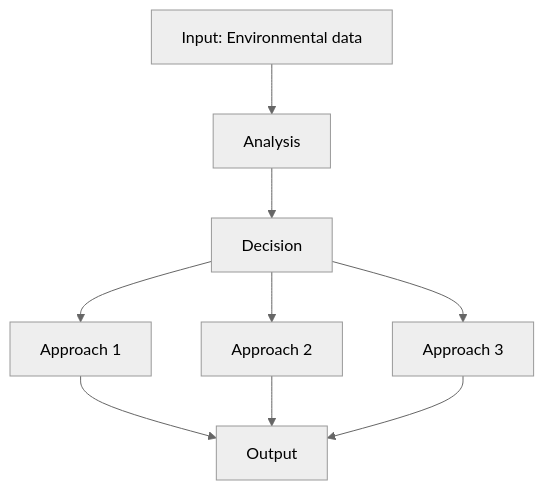
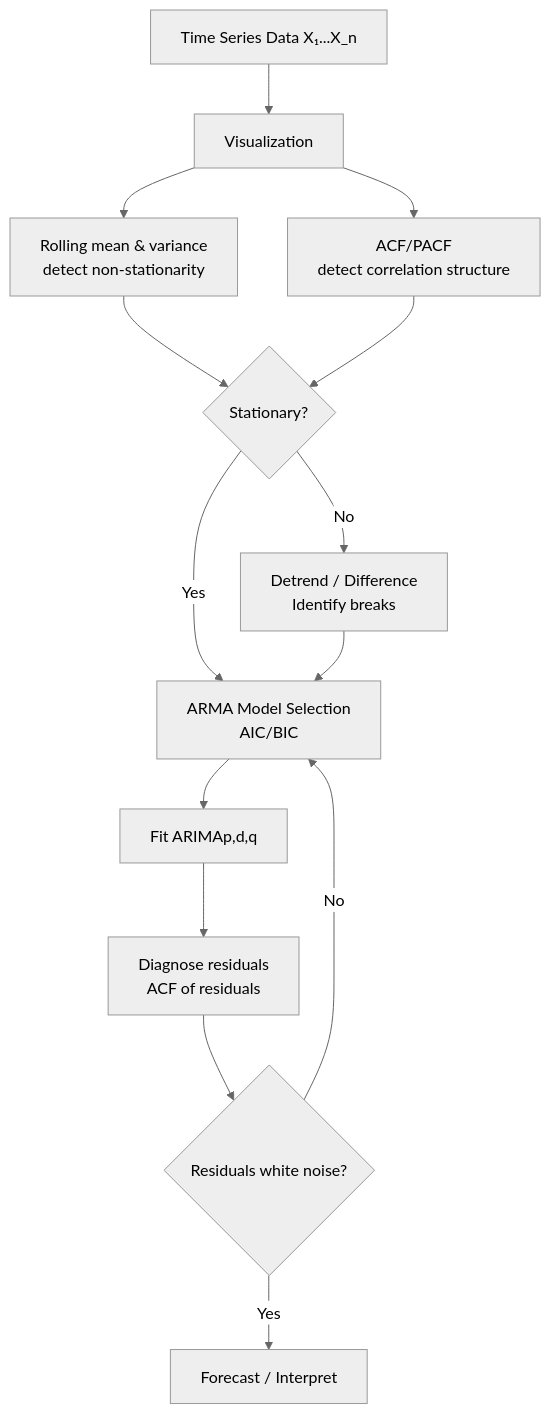
The first of 10 diagrams in MIT_CEE_GDRs/1.073_Introduction_to_Environmental_Data_Analysis.md (yip-lgtm/civil-bootcamp), drawn with Mermaid (neutral theme) before and after one commit. The commit also changed other lines of this file and 18 other files, not shown here.

````diff
--- a/MIT_CEE_GDRs/1.073_Introduction_to_Environmental_Data_Analysis.md
+++ b/MIT_CEE_GDRs/1.073_Introduction_to_Environmental_Data_Analysis.md
@@ -89,11 +112,16 @@
 ```mermaid
 graph TD
-    A[Input: Environmental data] --> B[Analysis]
-    B --> C[Decision]
-    C --> D[Approach 1]
-    C --> E[Approach 2]
-    C --> F[Approach 3]
-    D --> G[Output]
-    E --> G
+    A[Time Series Data X₁...X_n] --> B[Visualization]
+    B --> C[Rolling mean & variance<br/>detect non-stationarity]
+    B --> D[ACF/PACF<br/>detect correlation structure]
+    C --> E{Stationary?}
+    D --> E
+    E -->|No| F[Detrend / Difference<br/>Identify breaks]
+    E -->|Yes| G[ARMA Model Selection<br/>AIC/BIC]
     F --> G
+    G --> H[Fit ARIMAp,d,q]
+    H --> I[Diagnose residuals<br/>ACF of residuals]
+    I --> J{Residuals white noise?}
+    J -->|No| G
+    J -->|Yes| K[Forecast / Interpret]
 ```
````
